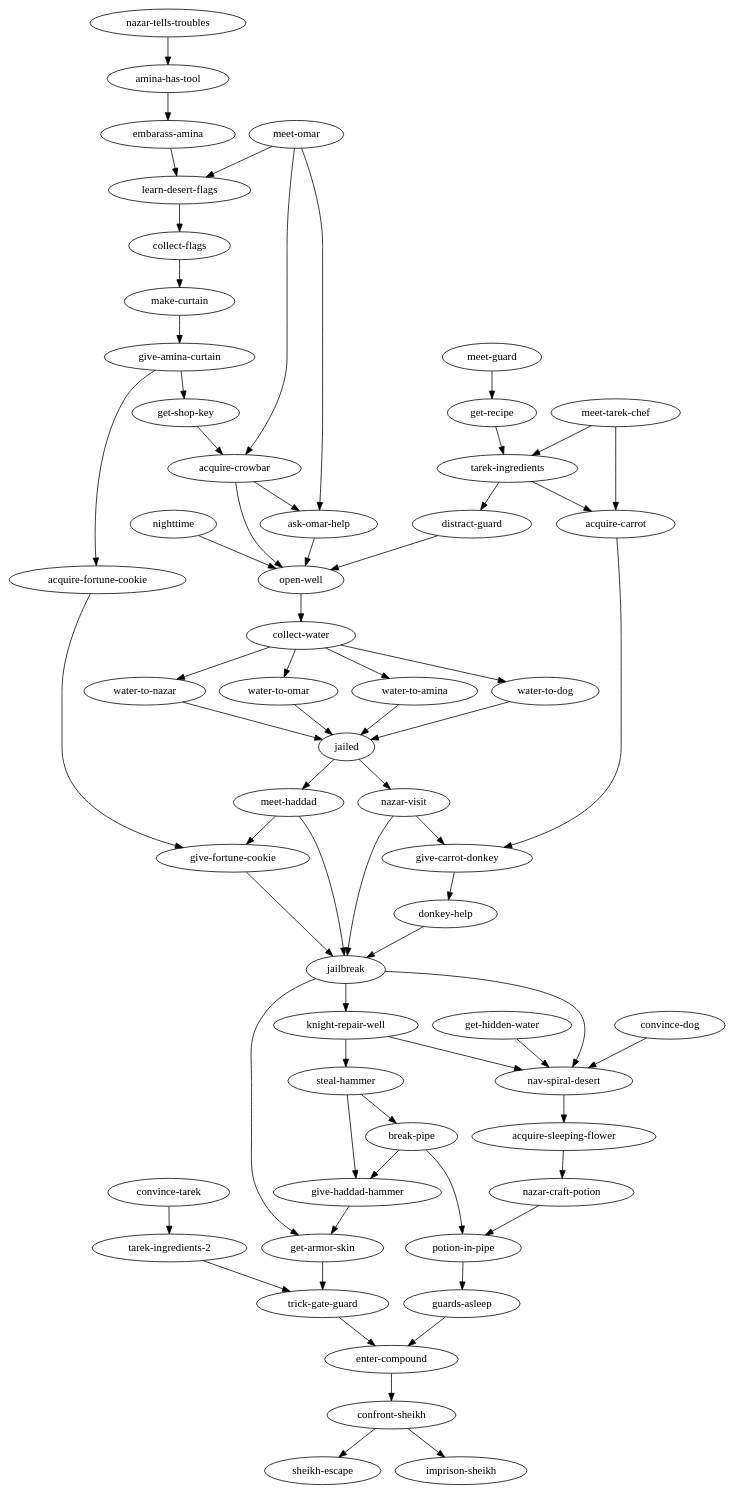
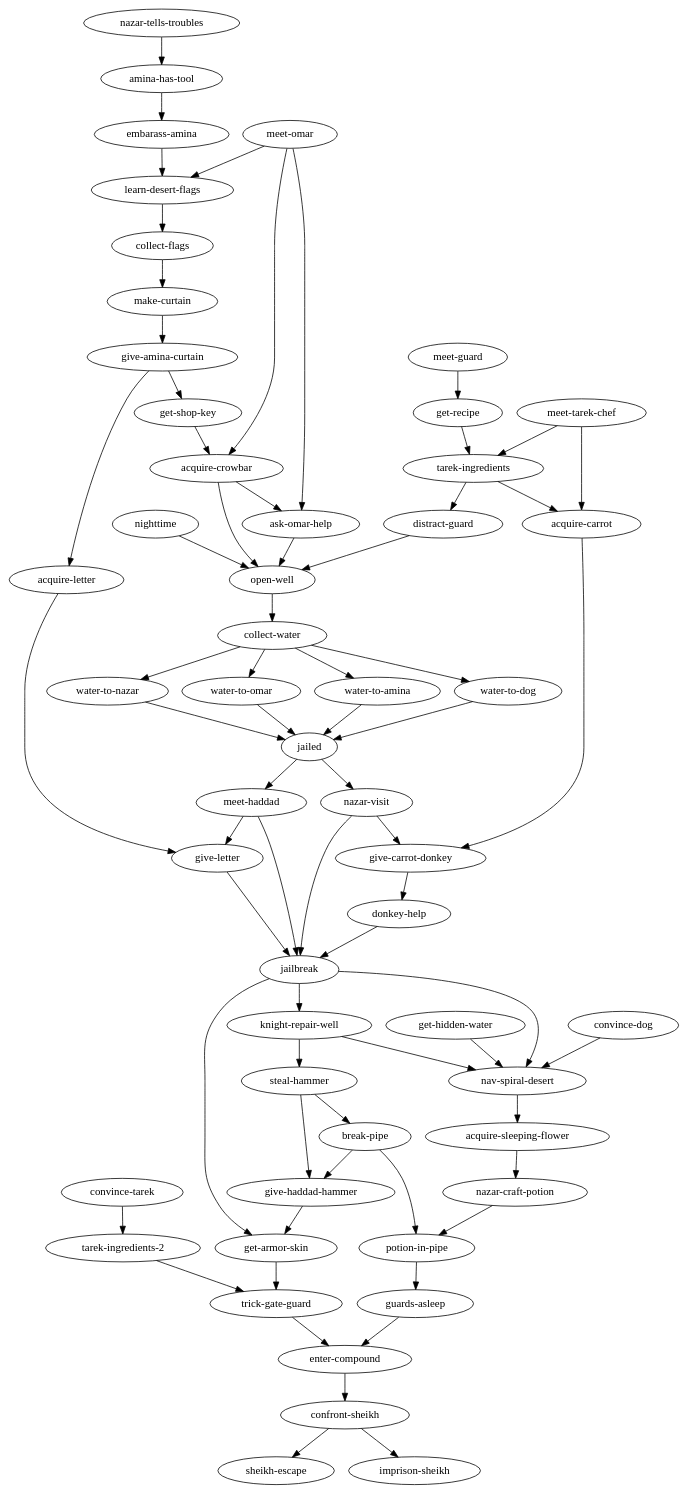
Before and after one commit to amoffat/getlost-level-template: the diagram in level/outline.dot, drawn with Graphviz. The commit also changed 12 other files, not shown here.

```diff
--- a/level/outline.dot
+++ b/level/outline.dot
@@ -1,69 +1,69 @@
 digraph BloodFeud {
     "nazar-tells-troubles" -> "amina-has-tool";
     "amina-has-tool" -> "embarass-amina";
     "get-armor-skin" -> "trick-gate-guard";
     "convince-tarek" -> "tarek-ingredients-2";
     "tarek-ingredients-2" -> "trick-gate-guard";
     "trick-gate-guard" -> "enter-compound";
     "embarass-amina" -> "learn-desert-flags";
     "meet-omar" -> "learn-desert-flags";
     "meet-omar" -> "ask-omar-help";
     "learn-desert-flags" -> "collect-flags";
     "collect-flags" -> "make-curtain";
     "make-curtain" -> "give-amina-curtain";
     "meet-omar" -> "acquire-crowbar";
     "get-shop-key" -> "acquire-crowbar";
     "water-to-nazar" -> "jailed";
     "water-to-omar" -> "jailed";
     "water-to-amina" -> "jailed";
     "water-to-dog" -> "jailed";
     "jailed" -> "meet-haddad";
     "meet-tarek-chef" -> "acquire-carrot";
     "meet-tarek-chef" -> "tarek-ingredients";
     "get-recipe" -> "tarek-ingredients";
     "meet-guard" -> "get-recipe";
     "tarek-ingredients" -> "acquire-carrot";
     "acquire-carrot" -> "give-carrot-donkey";
     "nazar-visit" -> "give-carrot-donkey";
     "give-carrot-donkey" -> "donkey-help";
     "donkey-help" -> "jailbreak";
     "meet-haddad" -> "jailbreak";
-    "acquire-fortune-cookie" -> "give-fortune-cookie";
-    "give-fortune-cookie" -> "jailbreak";
-    "meet-haddad" -> "give-fortune-cookie";
+    "acquire-letter" -> "give-letter";
+    "give-letter" -> "jailbreak";
+    "meet-haddad" -> "give-letter";
     "give-amina-curtain" -> "get-shop-key";
-    "give-amina-curtain" -> "acquire-fortune-cookie";
+    "give-amina-curtain" -> "acquire-letter";
     "collect-water" -> "water-to-omar";
     "collect-water" -> "water-to-amina";
     "collect-water" -> "water-to-nazar";
     "collect-water" -> "water-to-dog";
     "jailbreak" -> "get-armor-skin";
     "ask-omar-help" -> "open-well";
     "nighttime" -> "open-well";
     "tarek-ingredients" -> "distract-guard";
     "distract-guard" -> "open-well";
     "open-well" -> "collect-water";
     "jailbreak" -> "knight-repair-well";
     "knight-repair-well" -> "steal-hammer";
     "acquire-crowbar" -> "open-well";
     "acquire-crowbar" -> "ask-omar-help";
     "jailed" -> "nazar-visit";
     "nazar-visit" -> "jailbreak";
     "convince-dog" -> "nav-spiral-desert";
     "get-hidden-water" -> "nav-spiral-desert";
     "jailbreak" -> "nav-spiral-desert";
     "knight-repair-well" -> "nav-spiral-desert";
     "nav-spiral-desert" -> "acquire-sleeping-flower";
     "steal-hammer" -> "give-haddad-hammer";
     "give-haddad-hammer" -> "get-armor-skin";
     "steal-hammer" -> "break-pipe";
     "break-pipe" -> "give-haddad-hammer";
     "break-pipe" -> "potion-in-pipe";
     "potion-in-pipe" -> "guards-asleep";
     "nazar-craft-potion" -> "potion-in-pipe";
     "acquire-sleeping-flower" -> "nazar-craft-potion";
     "guards-asleep" -> "enter-compound";
     "enter-compound" -> "confront-sheikh";
     "confront-sheikh" -> "sheikh-escape";
     "confront-sheikh" -> "imprison-sheikh";
 }
```
